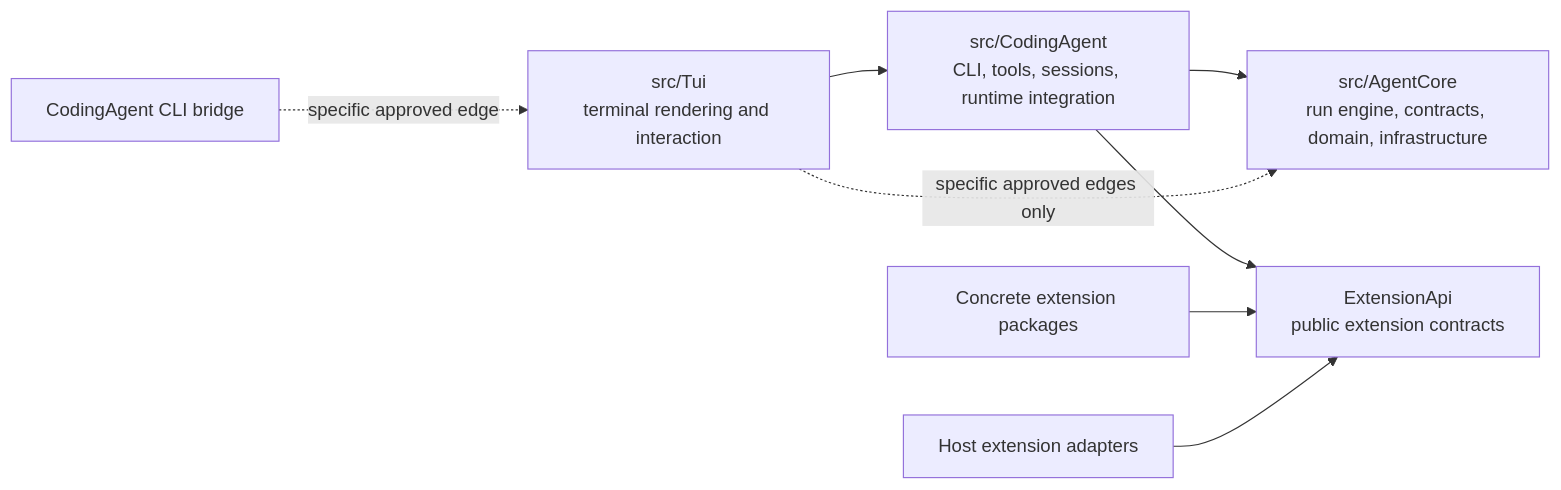
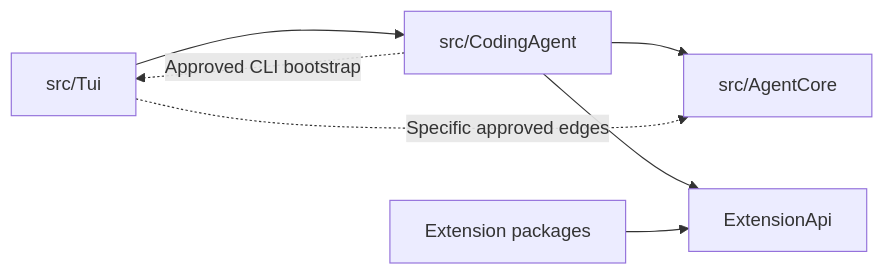
The second of 2 diagrams in architecture/README.md (ineersa/agent-core), drawn with Mermaid before and after one commit. The commit also changed other lines of this file and 43 other files, not shown here.

Commit message:
Refresh operational guides and runtime architecture documentation

````diff
--- a/architecture/README.md
+++ b/architecture/README.md
@@ -87,10 +54,9 @@
 ```mermaid
 flowchart LR
-    Tui["src/Tui<br/>terminal rendering and interaction"] --> App["src/CodingAgent<br/>CLI, tools, sessions, runtime integration"]
-    App --> Core["src/AgentCore<br/>run engine, contracts, domain, infrastructure"]
-    App --> API["ExtensionApi<br/>public extension contracts"]
-    Packages["Concrete extension packages"] --> API
-    HostBridge["Host extension adapters"] --> API
-    Tui -.->|"specific approved edges only"| Core
-    CLI["CodingAgent CLI bridge"] -.->|"specific approved edge"| Tui
+    TUI["src/Tui"] --> App["src/CodingAgent"]
+    App --> Core["src/AgentCore"]
+    App --> API["ExtensionApi"]
+    Packages["Extension packages"] --> API
+    TUI -.->|Specific approved edges| Core
+    App -.->|Approved CLI bootstrap| TUI
 ```
````
